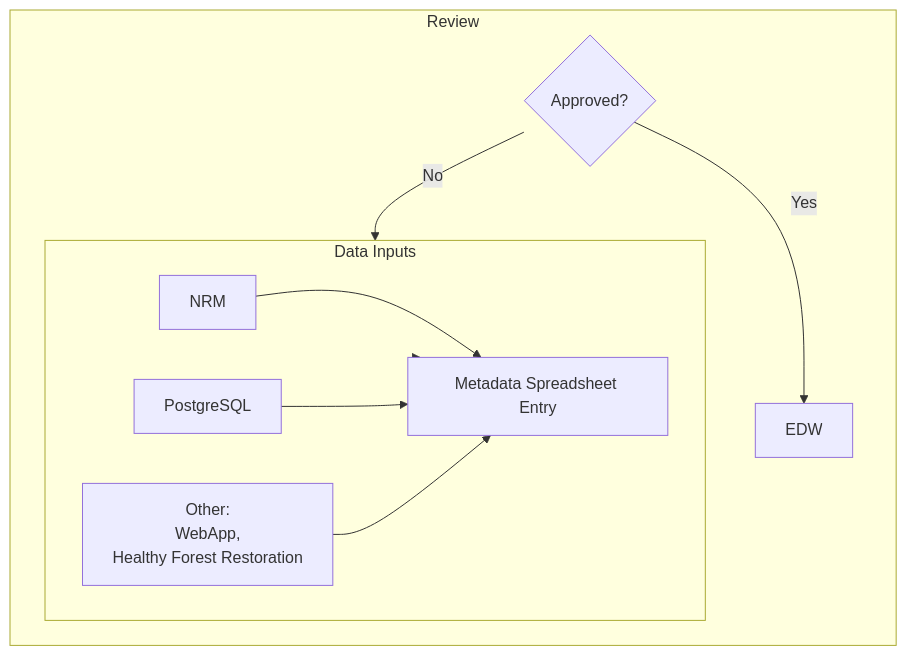
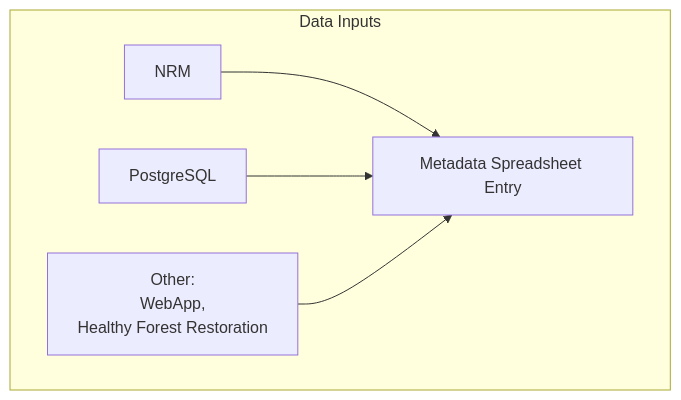
The diagram in docs/metadata-architecture.md (forestbytes/catalog), drawn with Mermaid before and after one commit.

Commit message:
Basic architecture

````diff
--- a/docs/metadata-architecture.md
+++ b/docs/metadata-architecture.md
@@ -1,23 +1,15 @@
 ```mermaid
 
 flowchart TB
   subgraph DataInputs[Data Inputs]
       direction LR
       NRM --> MetadataSpreadsheetEntry[Metadata Spreadsheet Entry]
       PostgreSQL --> MetadataSpreadsheetEntry
       Other[
         Other:
         WebApp, 
         Healthy Forest Restoration
       ] --> MetadataSpreadsheetEntry
       MetadataSpreadsheetEntry
   end
-
-  subgraph Review
-    Approval@{shape: diamond, label: "Approved?"}
-    Approval --> |Yes| EDW
-    Approval --> |No| DataInputs
-  end
-
-  MetadataSpreadsheetEntry --> Review
 ```
````
